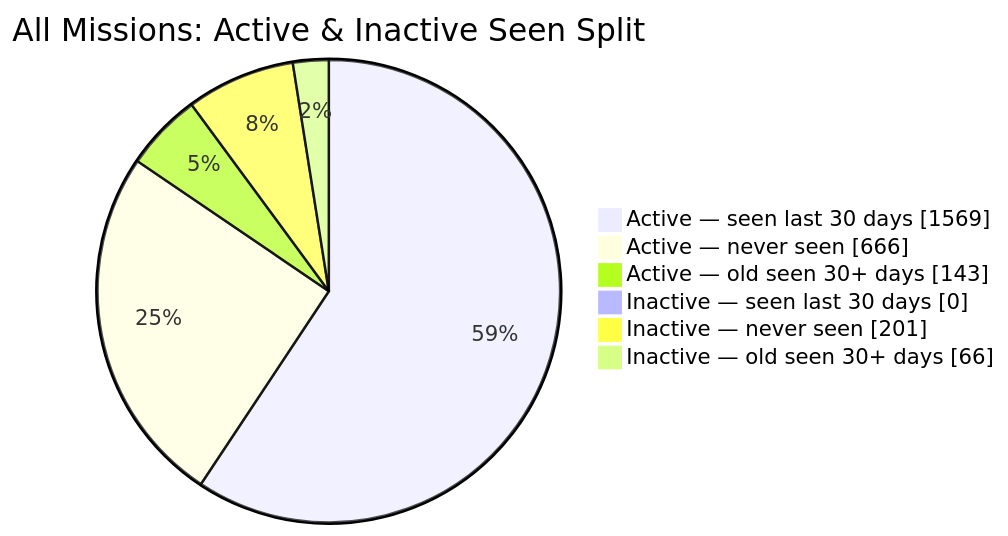
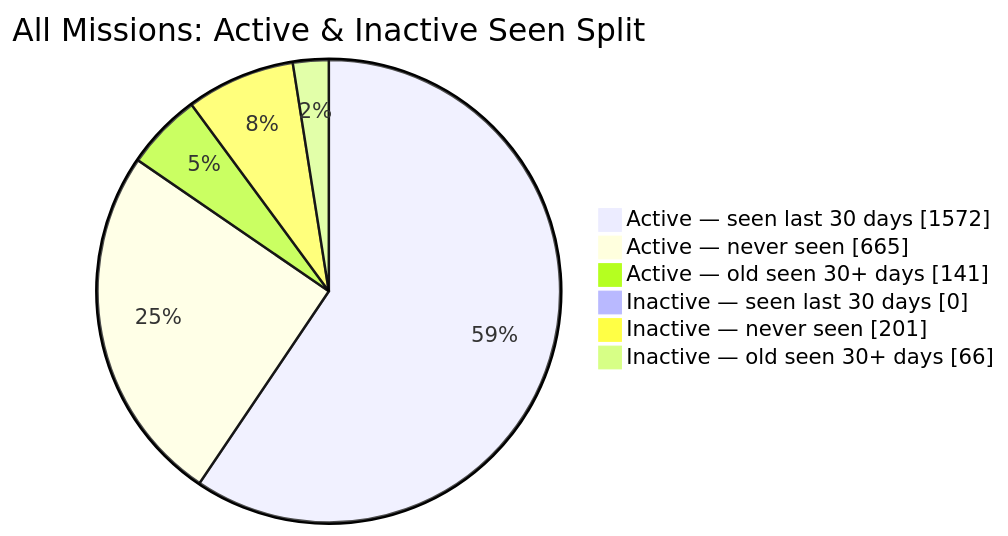
One commit to MeldkamerspelGameTeam/active-missions changed the second of 2 diagrams in README.md. Above: the diagram before and after it, drawn with Mermaid. The commit also changed other lines of this file and 3 other files, not shown here.

````diff
--- a/README.md
+++ b/README.md
@@ -44,10 +44,10 @@
 ```mermaid
 pie showData
     title All Missions: Active & Inactive Seen Split
-    "Active — seen last 30 days" : 1569
-    "Active — never seen" : 666
-    "Active — old seen 30+ days" : 143
+    "Active — seen last 30 days" : 1572
+    "Active — never seen" : 665
+    "Active — old seen 30+ days" : 141
     "Inactive — seen last 30 days" : 0
     "Inactive — never seen" : 201
     "Inactive — old seen 30+ days" : 66
 ```
````
